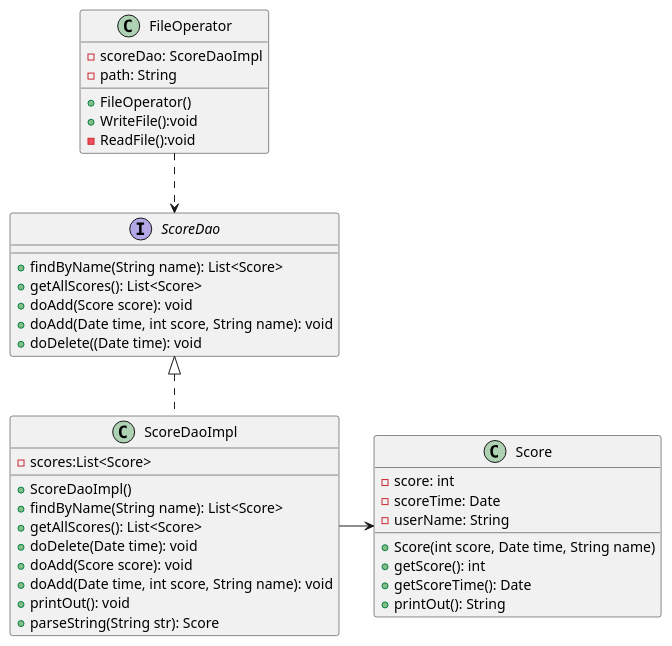
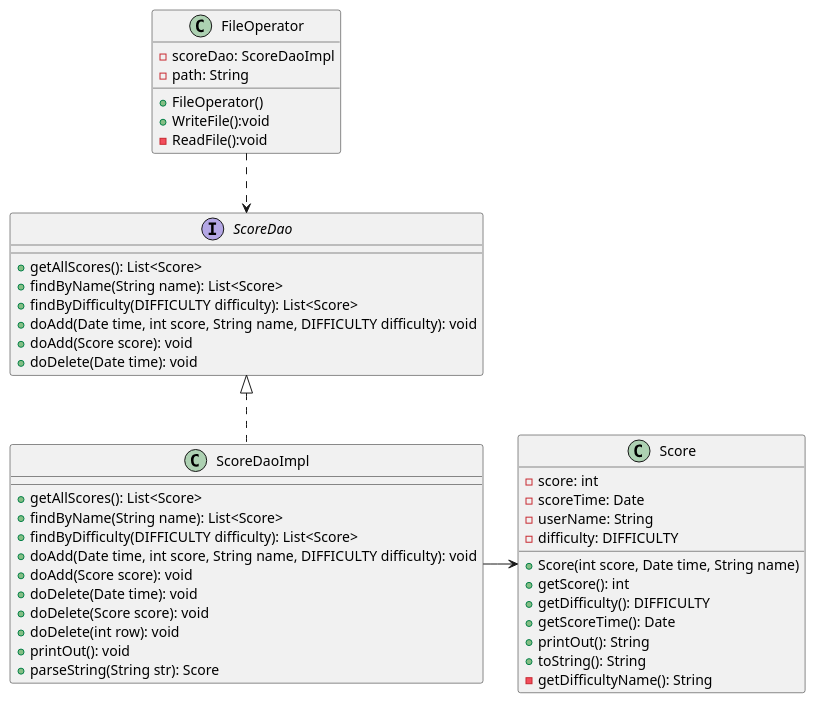
One commit to huang-feiyu/AircraftWar-lab changed the diagram in uml/Dao.puml. Above: the diagram before and after it, drawn with PlantUML. The commit also changed 19 other files, not shown here.

```diff
--- a/uml/Dao.puml
+++ b/uml/Dao.puml
@@ -1,45 +1,51 @@
 @startuml
 
 class FileOperator {
     - scoreDao: ScoreDaoImpl
     - path: String
     + FileOperator()
     + WriteFile():void
     - ReadFile():void
 }
 
 interface ScoreDao {
+    + getAllScores(): List<Score>
     + findByName(String name): List<Score>
-    + getAllScores(): List<Score>
+    + findByDifficulty(DIFFICULTY difficulty): List<Score>
+    + doAdd(Date time, int score, String name, DIFFICULTY difficulty): void
     + doAdd(Score score): void
-    + doAdd(Date time, int score, String name): void
-    + doDelete((Date time): void
+    + doDelete(Date time): void
 }
 
 class ScoreDaoImpl {
-    - scores:List<Score>
-    + ScoreDaoImpl()
+    + getAllScores(): List<Score>
     + findByName(String name): List<Score>
-    + getAllScores(): List<Score>
+    + findByDifficulty(DIFFICULTY difficulty): List<Score>
+    + doAdd(Date time, int score, String name, DIFFICULTY difficulty): void
+    + doAdd(Score score): void
     + doDelete(Date time): void
-    + doAdd(Score score): void
-    + doAdd(Date time, int score, String name): void
+    + doDelete(Score score): void
+    + doDelete(int row): void
     + printOut(): void
     + parseString(String str): Score
 }
 
 class Score {
     - score: int
     - scoreTime: Date
     - userName: String
+    - difficulty: DIFFICULTY
     + Score(int score, Date time, String name)
     + getScore(): int
+    + getDifficulty(): DIFFICULTY
     + getScoreTime(): Date
     + printOut(): String
+    + toString(): String
+    - getDifficultyName(): String
 }
 
 ScoreDao <|-. ScoreDaoImpl
 FileOperator .-> ScoreDao
 ScoreDaoImpl -> Score
 
 @enduml
```
